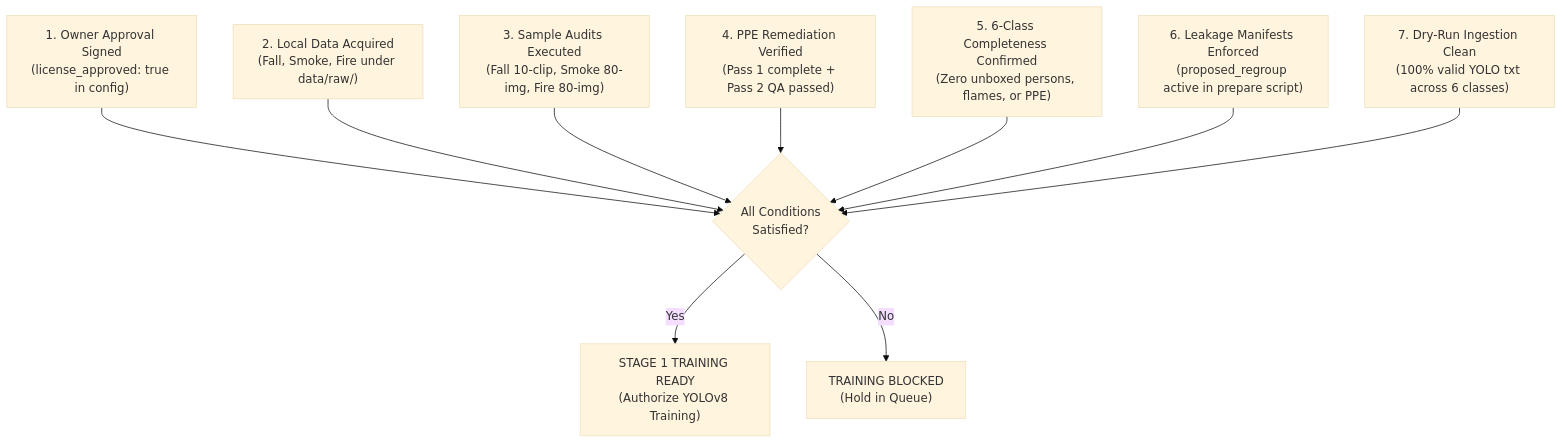
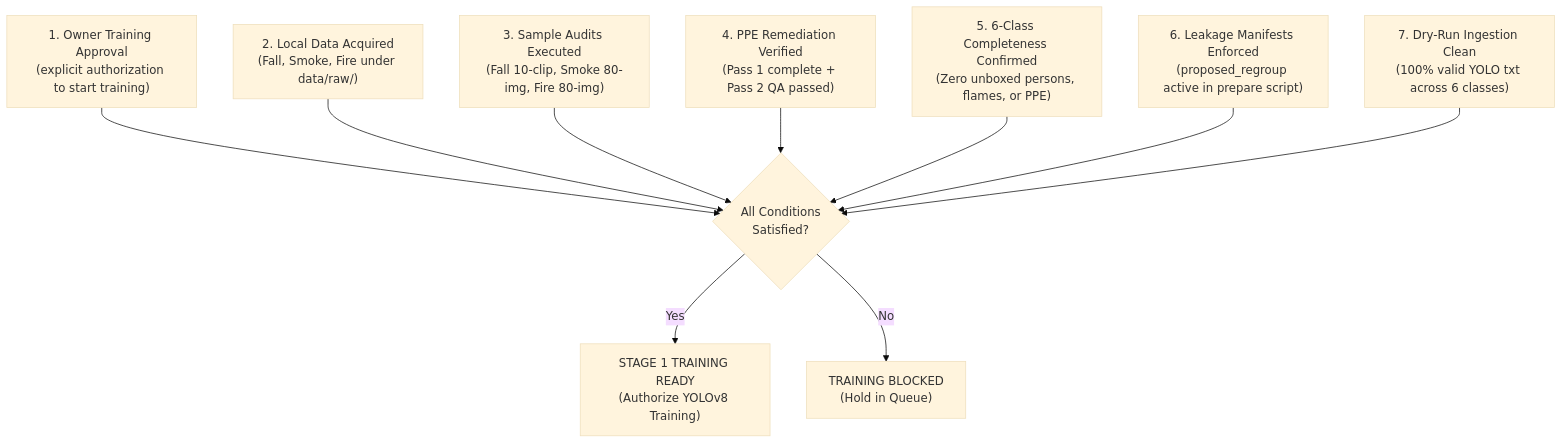
One commit to CarToon890/Project-CCTV-Safety changed the diagram in docs/stage1_pretraining_readiness.md. Above: the diagram before and after it, drawn with Mermaid (base theme). The commit also changed other lines of this file and 15 other files, not shown here.

````diff
--- a/docs/stage1_pretraining_readiness.md
+++ b/docs/stage1_pretraining_readiness.md
@@ -256,13 +256,13 @@
 ```mermaid
 flowchart TD
-    Cond1["1. Owner Approval Signed<br/>(license_approved: true in config)"] --> Check{"All Conditions<br/>Satisfied?"}
+    Cond1["1. Owner Training Approval<br/>(explicit authorization to start training)"] --> Check{"All Conditions<br/>Satisfied?"}
     Cond2["2. Local Data Acquired<br/>(Fall, Smoke, Fire under data/raw/)"] --> Check
     Cond3["3. Sample Audits Executed<br/>(Fall 10-clip, Smoke 80-img, Fire 80-img)"] --> Check
     Cond4["4. PPE Remediation Verified<br/>(Pass 1 complete + Pass 2 QA passed)"] --> Check
     Cond5["5. 6-Class Completeness Confirmed<br/>(Zero unboxed persons, flames, or PPE)"] --> Check
     Cond6["6. Leakage Manifests Enforced<br/>(proposed_regroup active in prepare script)"] --> Check
     Cond7["7. Dry-Run Ingestion Clean<br/>(100% valid YOLO txt across 6 classes)"] --> Check
 
     Check -- Yes --> Ready["STAGE 1 TRAINING READY<br/>(Authorize YOLOv8 Training)"]
     Check -- No --> Blocked["TRAINING BLOCKED<br/>(Hold in Queue)"]
 ```
````
